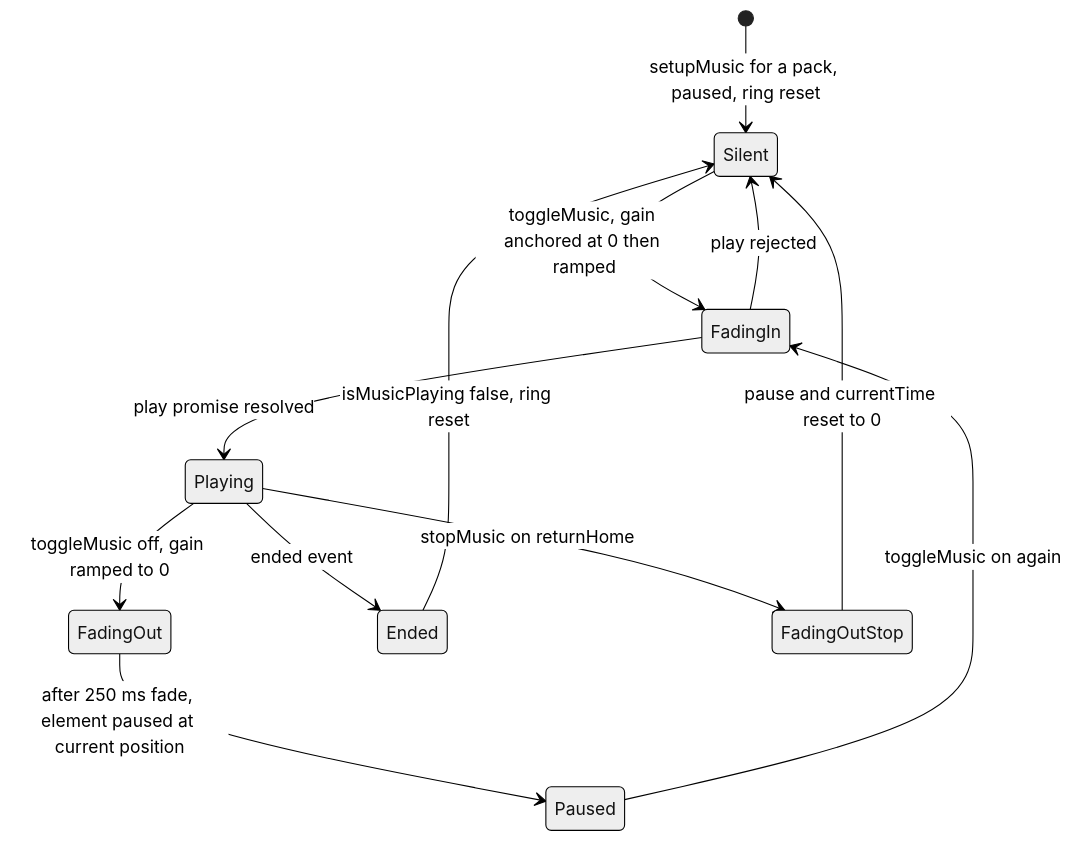
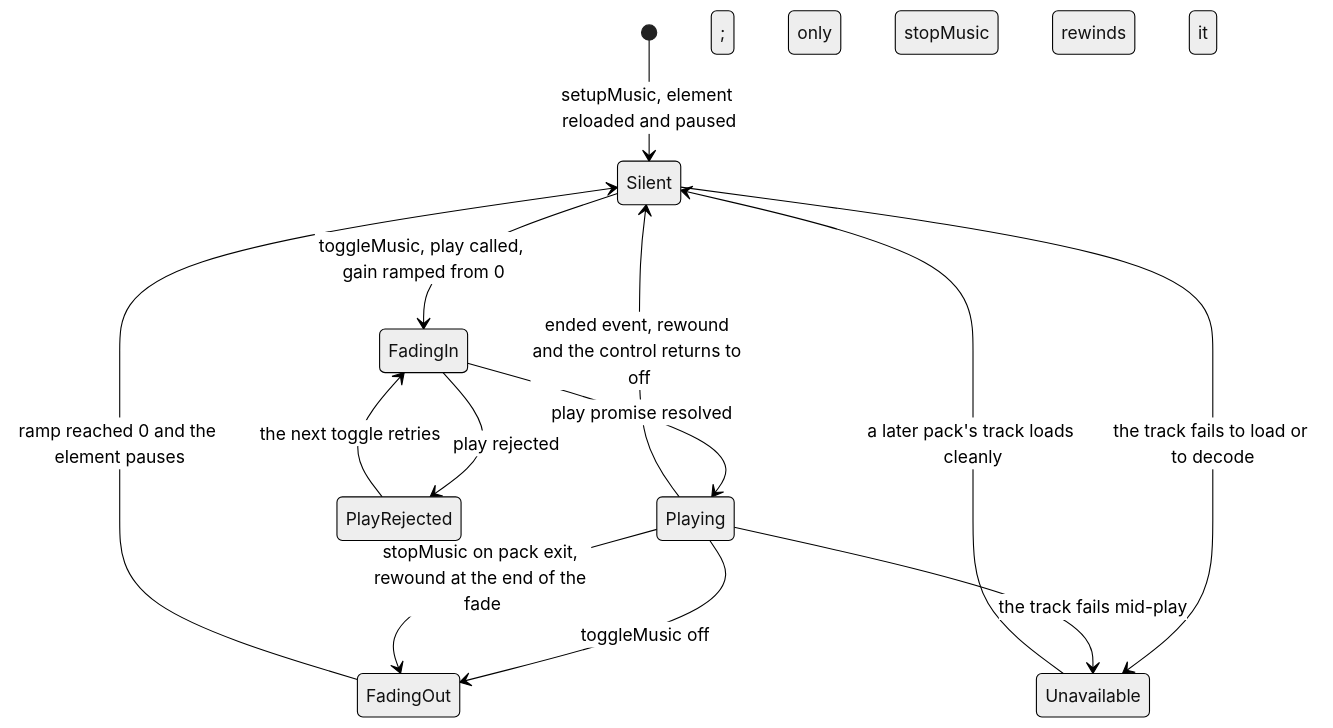
One commit to ghmer/rego-adventure changed diagram 23 of 46 in docu/state-machines.md. Above: the diagram before and after it, drawn with Mermaid (neutral theme). The commit also changed other lines of this file and 2 other files, not shown here.

First line of the commit message:
S14: the state-machine document describes the code again

````diff
--- a/docu/state-machines.md
+++ b/docu/state-machines.md
@@ -861,14 +819,15 @@
 ```mermaid
 stateDiagram-v2
-    [*] --> Silent : setupMusic for a pack, paused, ring reset
-    Silent --> FadingIn : toggleMusic, gain anchored at 0 then ramped
+    [*] --> Silent : setupMusic, element reloaded and paused
+    Silent --> FadingIn : toggleMusic, play called, gain ramped from 0
     FadingIn --> Playing : play promise resolved
-    FadingIn --> Silent : play rejected
-    Playing --> FadingOut : toggleMusic off, gain ramped to 0
-    FadingOut --> Paused : after 250 ms fade, element paused at current position
-    Paused --> FadingIn : toggleMusic on again
-    Playing --> Ended : ended event
-    Ended --> Silent : isMusicPlaying false, ring reset
-    Playing --> FadingOutStop : stopMusic on returnHome
-    FadingOutStop --> Silent : pause and currentTime reset to 0
+    FadingIn --> PlayRejected : play rejected
+    PlayRejected --> FadingIn : the next toggle retries
+    Playing --> FadingOut : toggleMusic off
+    FadingOut --> Silent : ramp reached 0 and the element pauses; only stopMusic rewinds it
+    Playing --> Silent : ended event, rewound and the control returns to off
+    Playing --> FadingOut : stopMusic on pack exit, rewound at the end of the fade
+    Silent --> Unavailable : the track fails to load or to decode
+    Playing --> Unavailable : the track fails mid-play
+    Unavailable --> Silent : a later pack's track loads cleanly
 ```
````
